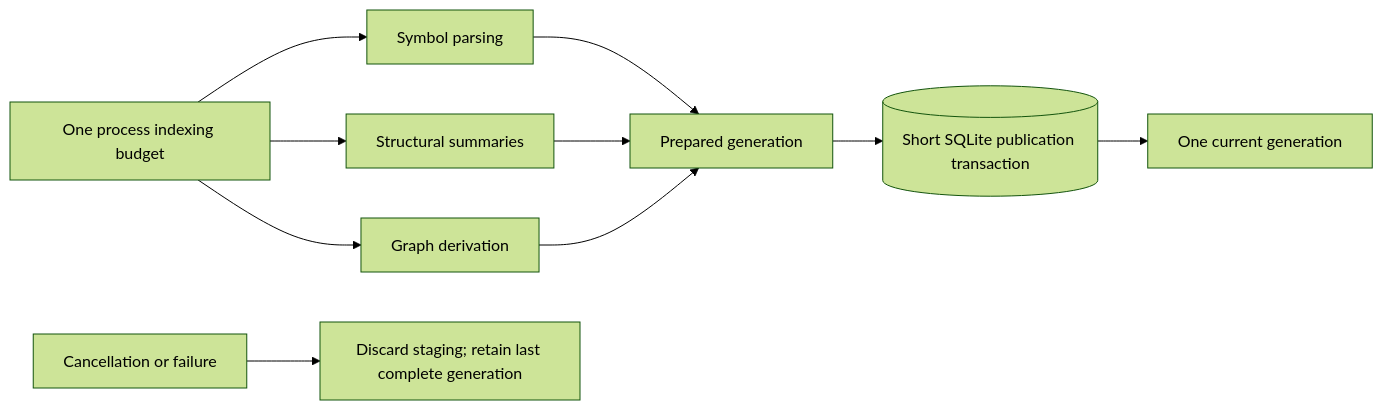
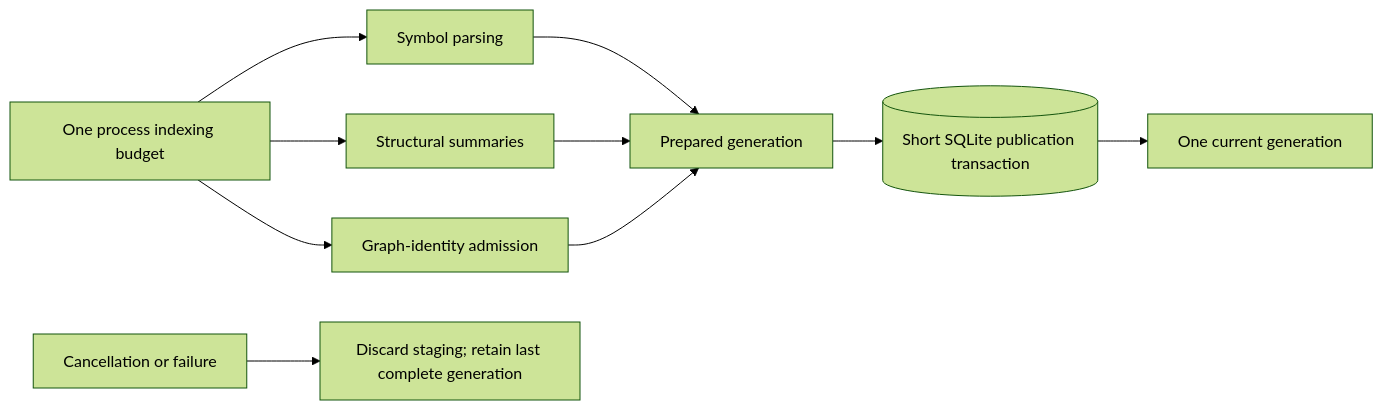
The fifth of 28 diagrams in docs/v050-release-architecture.md (styler-ai/ProjectAtlas), drawn with Mermaid (forest theme) before and after one commit. The commit also changed other lines of this file and 6 other files, not shown here.

Commit message:
perf(indexing): retain measured graph worker baseline (#358)

````diff
--- a/docs/v050-release-architecture.md
+++ b/docs/v050-release-architecture.md
@@ -72,12 +72,12 @@
 ```mermaid
 flowchart LR
     budget[One process indexing budget] --> parse[Symbol parsing]
     budget --> summaries[Structural summaries]
-    budget --> relations[Graph derivation]
+    budget --> admission[Graph-identity admission]
     parse --> staged[Prepared generation]
     summaries --> staged
-    relations --> staged
+    admission --> staged
     staged --> tx[(Short SQLite publication transaction)]
     tx --> current[One current generation]
     cancel[Cancellation or failure] --> cleanup[Discard staging; retain last complete generation]
 ```
````
